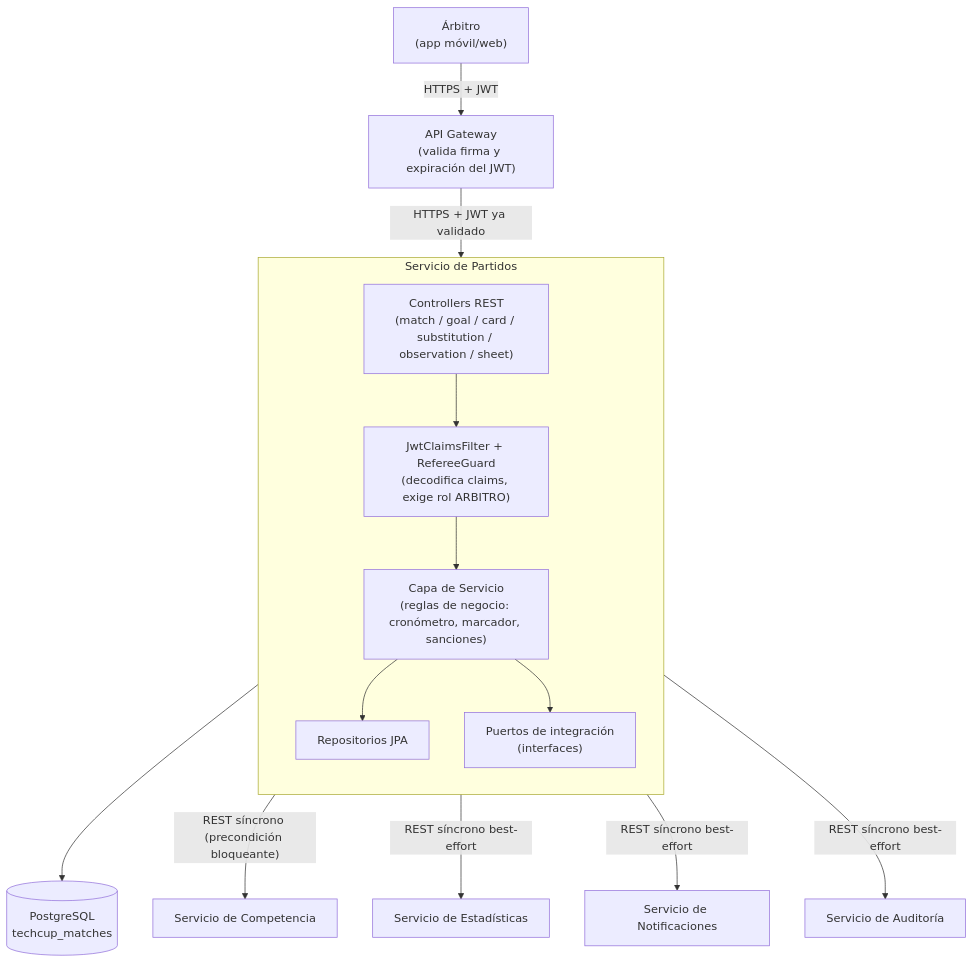
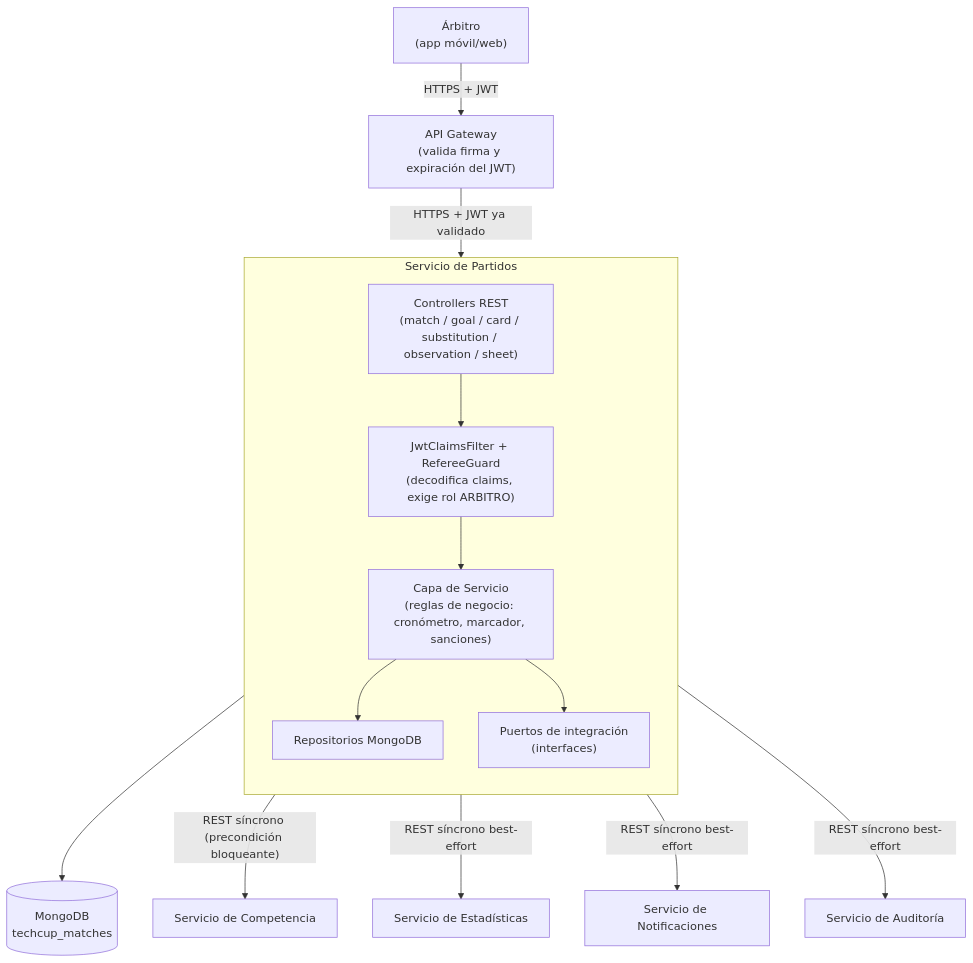
The first of 5 diagrams in docs/arquitectura.md (TECH-CUP-2026-INT/am-matches-service), drawn with Mermaid before and after one commit. The commit also changed other lines of this file and 40 other files, not shown here.

````diff
--- a/docs/arquitectura.md
+++ b/docs/arquitectura.md
@@ -122,33 +122,33 @@
 ```mermaid
 flowchart TB
     Arbitro["Árbitro<br/>(app móvil/web)"]
     Gateway["API Gateway<br/>(valida firma y expiración del JWT)"]
 
     subgraph SM["Servicio de Partidos"]
         direction TB
         Controller["Controllers REST<br/>(match / goal / card / substitution / observation / sheet)"]
         Security["JwtClaimsFilter + RefereeGuard<br/>(decodifica claims, exige rol ARBITRO)"]
         Service["Capa de Servicio<br/>(reglas de negocio: cronómetro, marcador, sanciones)"]
-        Repo["Repositorios JPA"]
+        Repo["Repositorios MongoDB"]
         Ports["Puertos de integración<br/>(interfaces)"]
 
         Controller --> Security
         Security --> Service
         Service --> Repo
         Service --> Ports
     end
 
-    DB[("PostgreSQL<br/>techcup_matches")]
+    DB[("MongoDB<br/>techcup_matches")]
     Competencia["Servicio de Competencia"]
     Estadisticas["Servicio de Estadísticas"]
     Notificaciones["Servicio de Notificaciones"]
     Auditoria["Servicio de Auditoría"]
 
     Arbitro -->|HTTPS + JWT| Gateway
     Gateway -->|HTTPS + JWT ya validado| Controller
     Repo --> DB
     Ports -->|"REST síncrono (precondición bloqueante)"| Competencia
     Ports -->|"REST síncrono best-effort"| Estadisticas
     Ports -->|"REST síncrono best-effort"| Notificaciones
     Ports -->|"REST síncrono best-effort"| Auditoria
 ```
````
